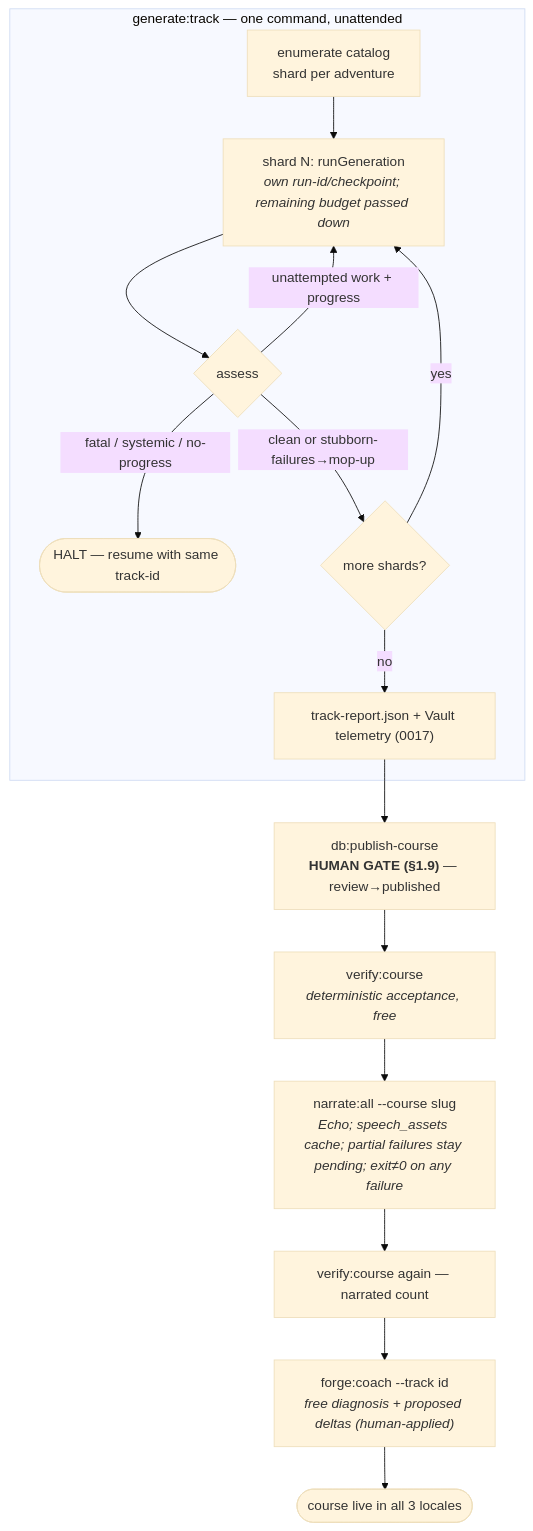
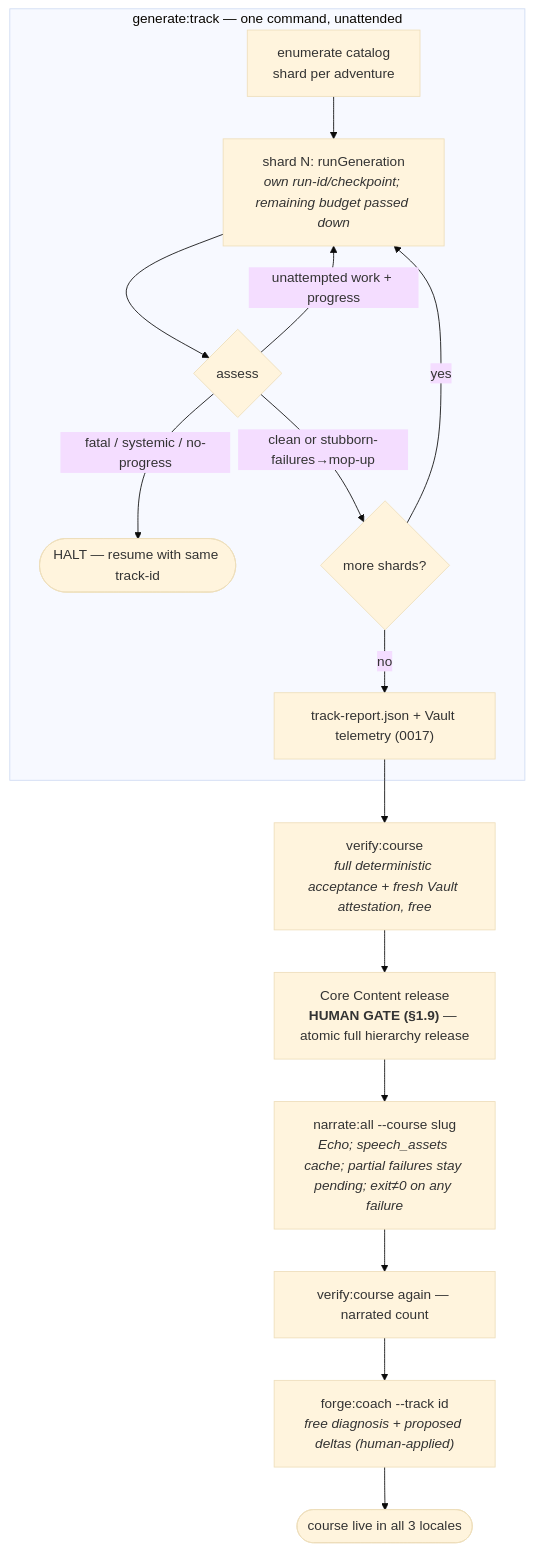
One commit to jesusvasquezjr3-littlefounders/LITTLEFOUNDERS-AI changed the third of 3 diagrams in COURSE_ENGINE.md. Above: the diagram before and after it, drawn with Mermaid (base theme). The commit also changed other lines of this file and 130 other files, not shown here.

````diff
--- a/COURSE_ENGINE.md
+++ b/COURSE_ENGINE.md
@@ -264,18 +295,18 @@
 ```mermaid
 flowchart TD
     subgraph TRACK["generate:track — one command, unattended"]
         E[enumerate catalog<br/>shard per adventure] --> S1
         S1["shard N: runGeneration<br/><i>own run-id/checkpoint; remaining budget passed down</i>"] --> A{assess}
         A -- "unattempted work + progress" --> S1
         A -- "fatal / systemic / no-progress" --> H([HALT — resume with same track-id])
         A -- "clean or stubborn-failures→mop-up" --> NX{more shards?}
         NX -- yes --> S1
         NX -- no --> R["track-report.json + Vault telemetry (0017)"]
     end
-    R --> FLIP["db:publish-course<br/><b>HUMAN GATE (§1.9)</b> — review→published"]
-    FLIP --> VER["verify:course<br/><i>deterministic acceptance, free</i>"]
-    VER --> NAR["narrate:all --course slug<br/><i>Echo; speech_assets cache; partial failures stay pending; exit≠0 on any failure</i>"]
+    R --> VER["verify:course<br/><i>full deterministic acceptance + fresh Vault attestation, free</i>"]
+    VER --> FLIP["Core Content release<br/><b>HUMAN GATE (§1.9)</b> — atomic full hierarchy release"]
+    FLIP --> NAR["narrate:all --course slug<br/><i>Echo; speech_assets cache; partial failures stay pending; exit≠0 on any failure</i>"]
     NAR --> VER2[verify:course again — narrated count]
     VER2 --> COACH["forge:coach --track id<br/><i>free diagnosis + proposed deltas (human-applied)</i>"]
     COACH --> MARKET([course live in all 3 locales])
 ```
````
